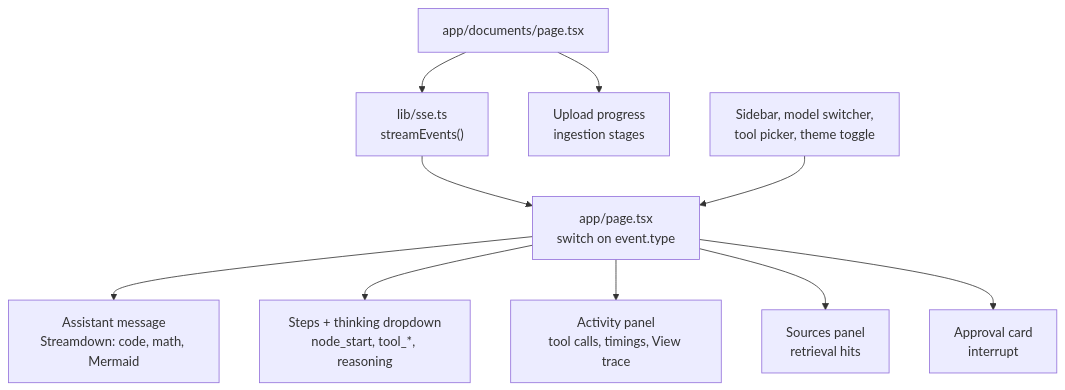
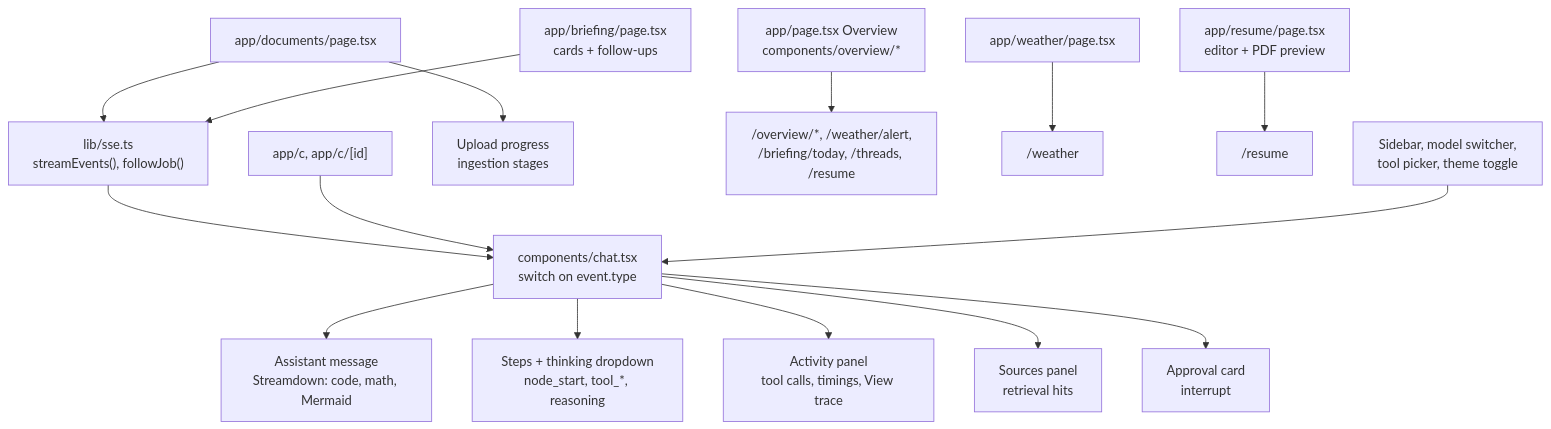
One commit to sheddyboy/agent_chat changed the eighth of 10 diagrams in README.md. Above: the diagram before and after it, drawn with Mermaid. The commit also changed other lines of this file, not shown here.

Commit message:
docs: README matches tools, API, events, config and frontend after slices 17 to 23

````diff
--- a/README.md
+++ b/README.md
@@ -377,12 +405,17 @@
 ```mermaid
 flowchart TB
-    sse["lib/sse.ts<br/>streamEvents()"] --> page["app/page.tsx<br/>switch on event.type"]
-    page --> msg["Assistant message<br/>Streamdown: code, math, Mermaid"]
-    page --> steps["Steps + thinking dropdown<br/>node_start, tool_*, reasoning"]
-    page --> act["Activity panel<br/>tool calls, timings, View trace"]
-    page --> src["Sources panel<br/>retrieval hits"]
-    page --> appr["Approval card<br/>interrupt"]
+    sse["lib/sse.ts<br/>streamEvents(), followJob()"] --> chat["components/chat.tsx<br/>switch on event.type"]
+    routes["app/c, app/c/[id]"] --> chat
+    chat --> msg["Assistant message<br/>Streamdown: code, math, Mermaid"]
+    chat --> steps["Steps + thinking dropdown<br/>node_start, tool_*, reasoning"]
+    chat --> act["Activity panel<br/>tool calls, timings, View trace"]
+    chat --> src["Sources panel<br/>retrieval hits"]
+    chat --> appr["Approval card<br/>interrupt"]
     docs["app/documents/page.tsx"] --> sse
     docs --> prog["Upload progress<br/>ingestion stages"]
-    side["Sidebar, model switcher,<br/>tool picker, theme toggle"] --> page
+    brief["app/briefing/page.tsx<br/>cards + follow-ups"] --> sse
+    home["app/page.tsx Overview<br/>components/overview/*"] --> widgets["/overview/*, /weather/alert,<br/>/briefing/today, /threads, /resume"]
+    wx["app/weather/page.tsx"] --> wapi["/weather"]
+    res["app/resume/page.tsx<br/>editor + PDF preview"] --> rapi["/resume"]
+    side["Sidebar, model switcher,<br/>tool picker, theme toggle"] --> chat
 ```
````
